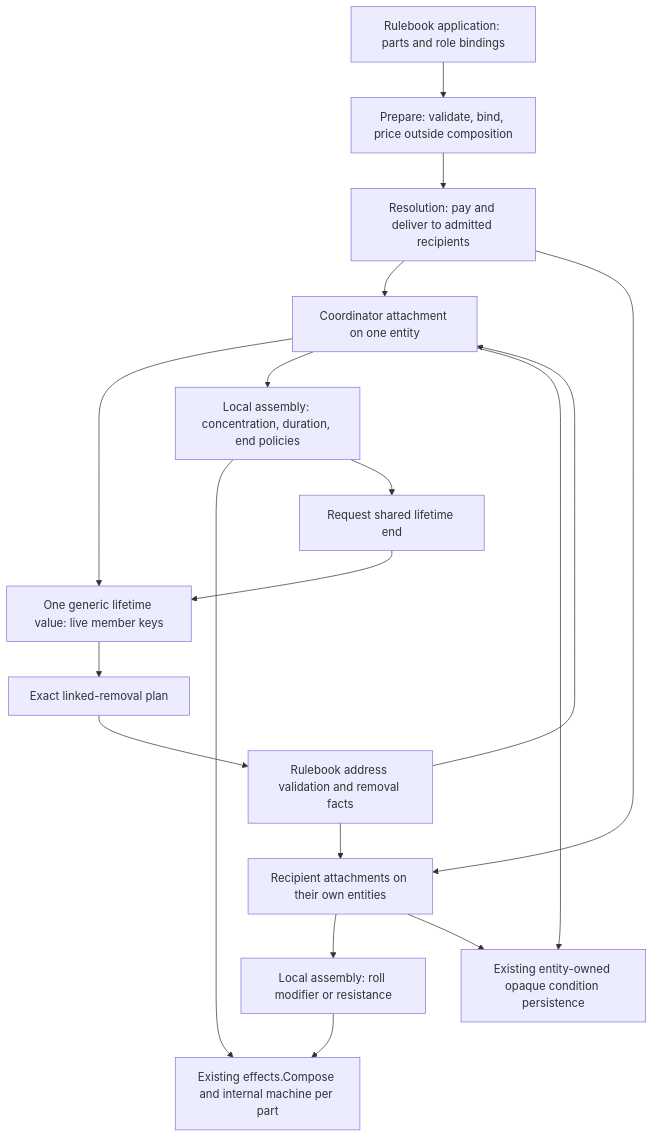
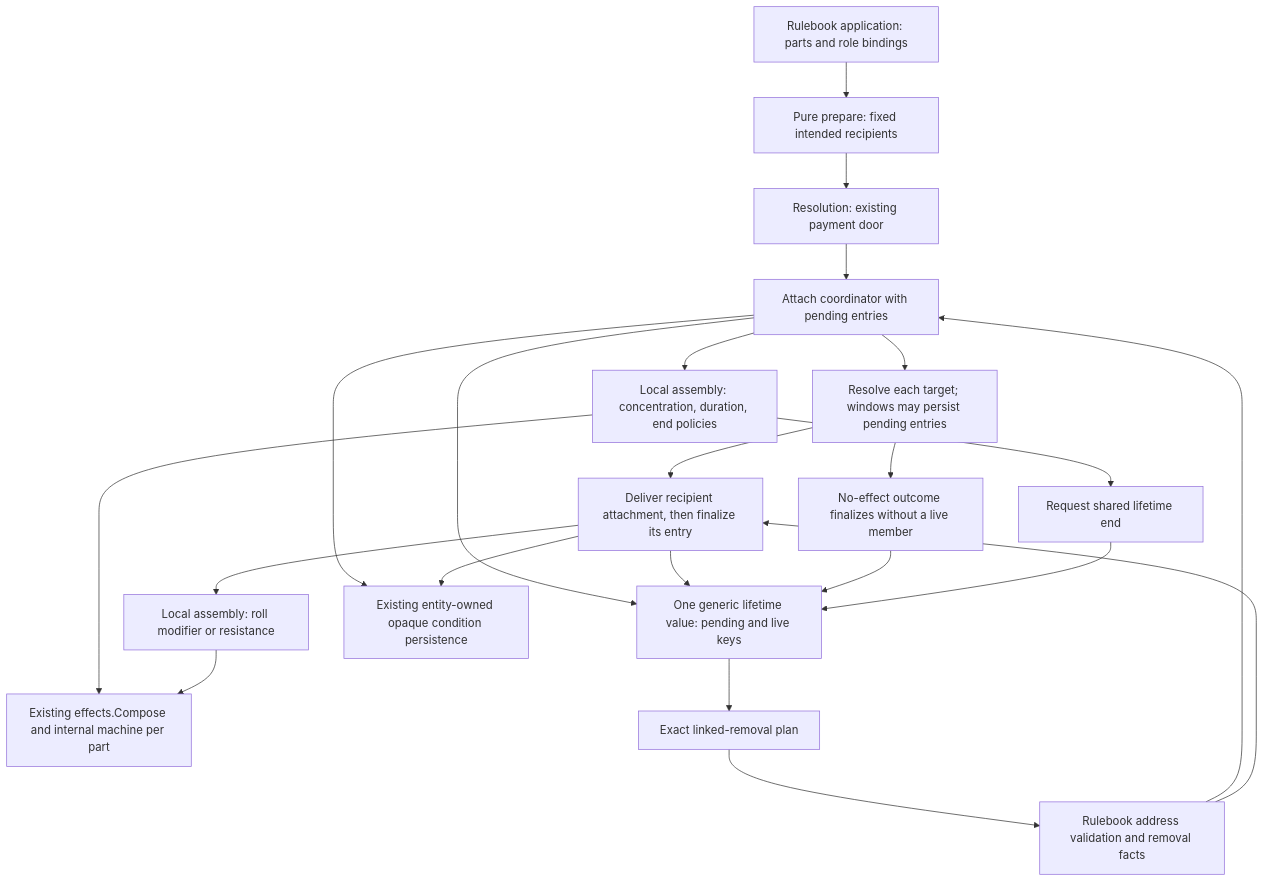
Before and after one commit to KirkDiggler/rpg-toolkit: the diagram in docs/ideas/composable-maintenance/design.md, drawn with Mermaid. The commit also changed other lines of this file and 4 other files, not shown here.

First line of the commit message:
docs: settle per-recipient finalization across saved windows

````diff
--- a/docs/ideas/composable-maintenance/design.md
+++ b/docs/ideas/composable-maintenance/design.md
@@ -5,20 +5,24 @@
 ```mermaid
 flowchart TD
-    SPEC["Rulebook application: parts and role bindings"] --> PREP["Prepare: validate, bind, price outside composition"]
-    PREP --> DELIVER["Resolution: pay and deliver to admitted recipients"]
-    DELIVER --> OWNER["Coordinator attachment on one entity"]
-    DELIVER --> CHILD["Recipient attachments on their own entities"]
-    OWNER --> LIFE["One generic lifetime value: live member keys"]
+    SPEC["Rulebook application: parts and role bindings"] --> PREP["Pure prepare: fixed intended recipients"]
+    PREP --> PAY["Resolution: existing payment door"]
+    PAY --> OWNER["Attach coordinator with pending entries"]
+    OWNER --> DELIVER["Resolve each target; windows may persist pending entries"]
+    DELIVER --> CHILD["Deliver recipient attachment, then finalize its entry"]
+    DELIVER --> NONE["No-effect outcome finalizes without a live member"]
+    OWNER --> LIFE["One generic lifetime value: pending and live keys"]
+    CHILD --> LIFE
+    NONE --> LIFE
     OWNER --> MAINT["Local assembly: concentration, duration, end policies"]
     CHILD --> PAYLOAD["Local assembly: roll modifier or resistance"]
     MAINT --> COMPOSE["Existing effects.Compose and internal machine per part"]
     PAYLOAD --> COMPOSE
     MAINT --> END["Request shared lifetime end"]
     END --> LIFE
     LIFE --> PLAN["Exact linked-removal plan"]
     PLAN --> TRANSPORT["Rulebook address validation and removal facts"]
     TRANSPORT --> OWNER
     TRANSPORT --> CHILD
     OWNER --> SAVE["Existing entity-owned opaque condition persistence"]
     CHILD --> SAVE
 ```
````
